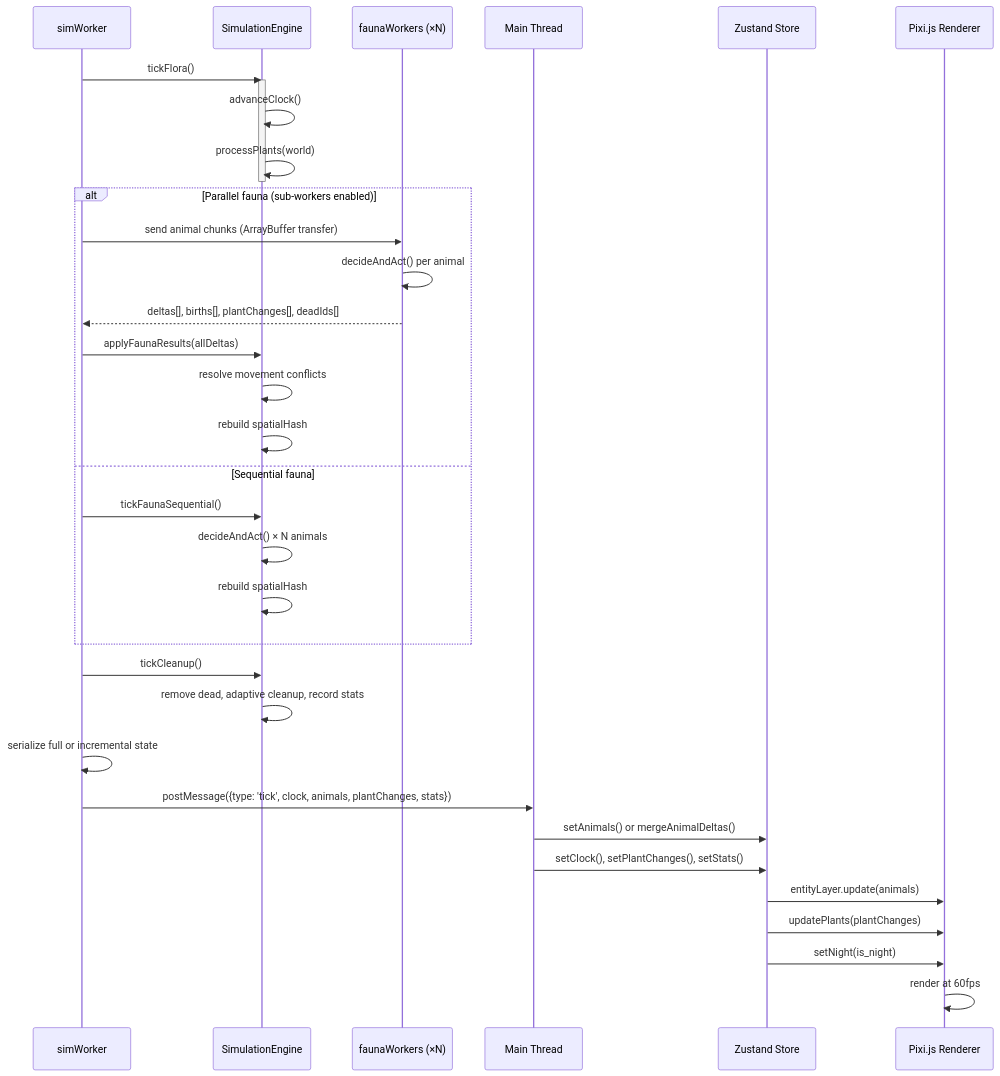
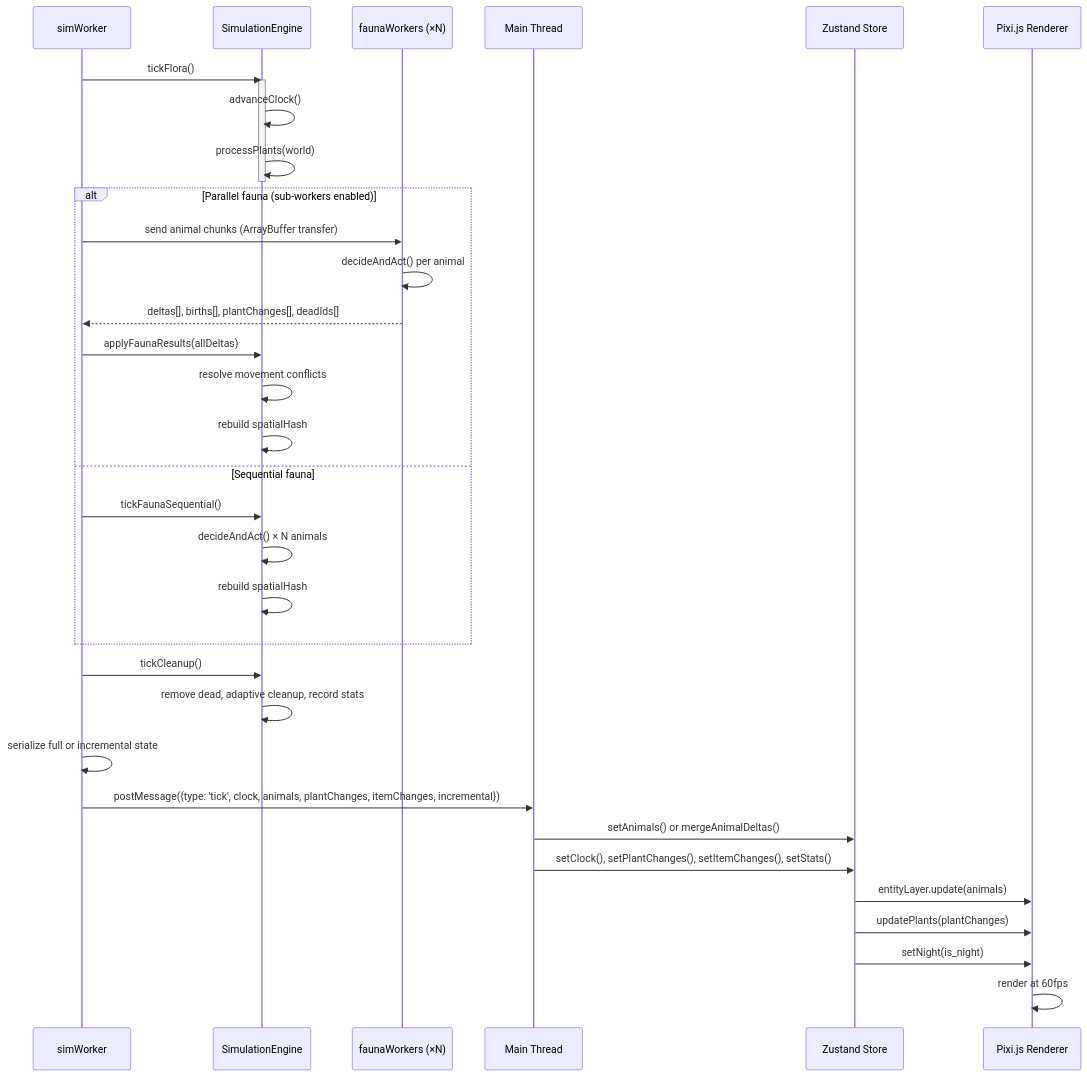
Before and after one commit to andrenepomuceno/BiomeSimulator: the third of 6 diagrams in docs/architecture.md, drawn with Mermaid. The commit also changed other lines of this file and 5 other files, not shown here.

````diff
--- a/docs/architecture.md
+++ b/docs/architecture.md
@@ -172,40 +172,40 @@
 ```mermaid
 sequenceDiagram
     participant W as simWorker
     participant E as SimulationEngine
     participant FW as faunaWorkers (×N)
     participant M as Main Thread
     participant S as Zustand Store
     participant R as Pixi.js Renderer
 
     W->>E: tickFlora()
     activate E
     E->>E: advanceClock()
     E->>E: processPlants(world)
     deactivate E
 
     alt Parallel fauna (sub-workers enabled)
         W->>FW: send animal chunks (ArrayBuffer transfer)
         FW->>FW: decideAndAct() per animal
         FW-->>W: deltas[], births[], plantChanges[], deadIds[]
         W->>E: applyFaunaResults(allDeltas)
         E->>E: resolve movement conflicts
         E->>E: rebuild spatialHash
     else Sequential fauna
         W->>E: tickFaunaSequential()
         E->>E: decideAndAct() × N animals
         E->>E: rebuild spatialHash
     end
 
     W->>E: tickCleanup()
     E->>E: remove dead, adaptive cleanup, record stats
     W->>W: serialize full or incremental state
 
-    W->>M: postMessage({type: 'tick', clock, animals, plantChanges, stats})
+    W->>M: postMessage({type: 'tick', clock, animals, plantChanges, itemChanges, incremental})
     M->>S: setAnimals() or mergeAnimalDeltas()
-    M->>S: setClock(), setPlantChanges(), setStats()
+    M->>S: setClock(), setPlantChanges(), setItemChanges(), setStats()
     S->>R: entityLayer.update(animals)
     S->>R: updatePlants(plantChanges)
     S->>R: setNight(is_night)
     R->>R: render at 60fps
 ```
````
